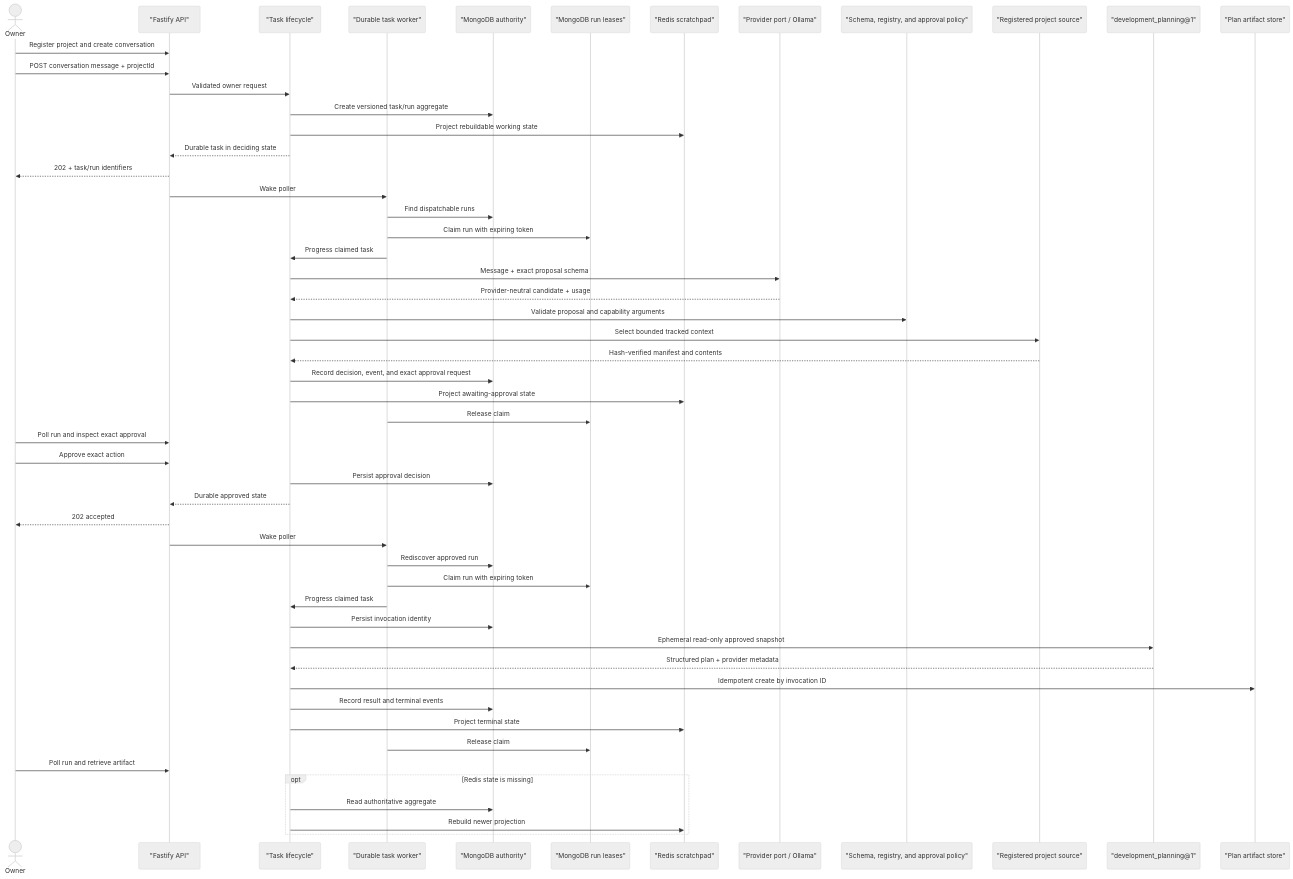
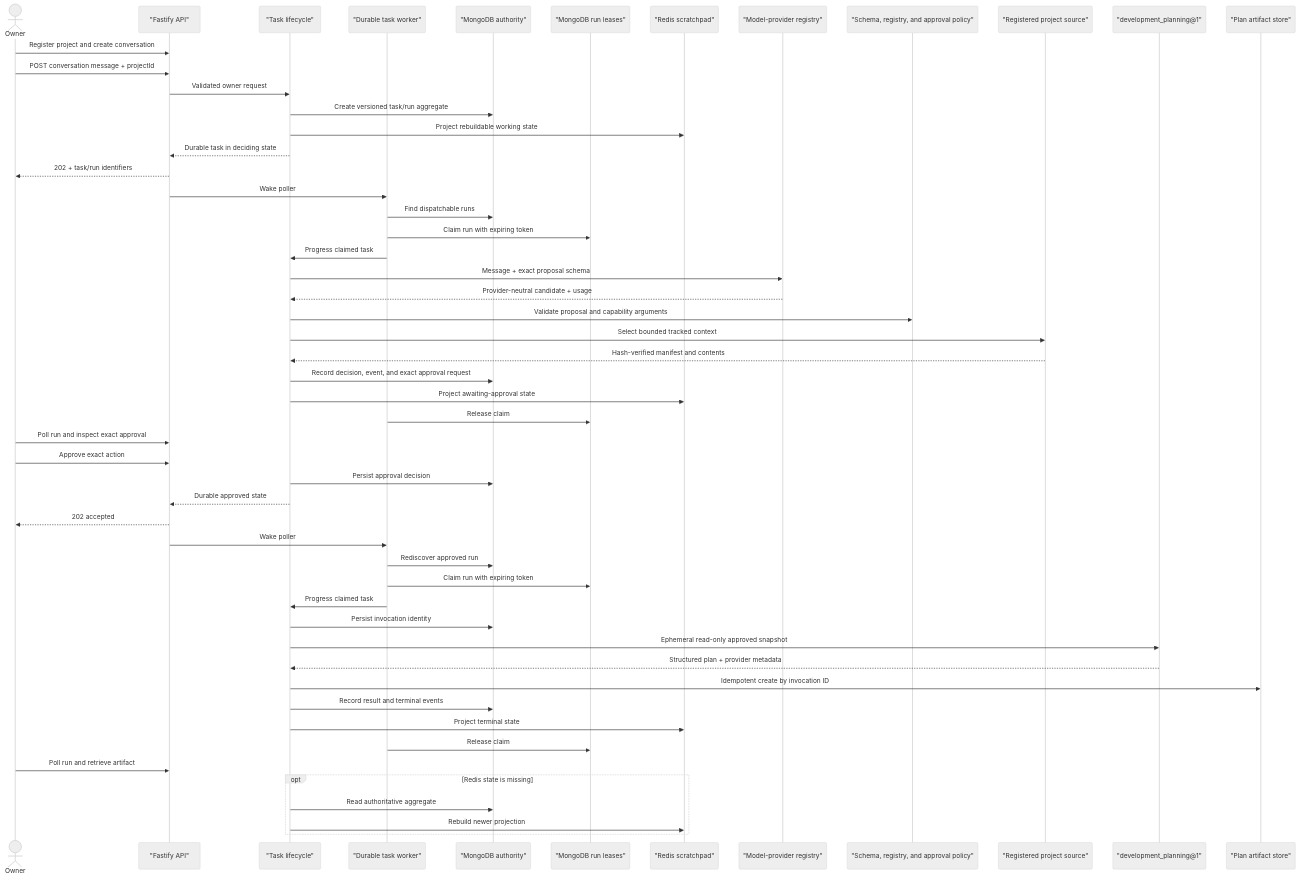
One commit to 4romgod/vera changed the fifth of 6 diagrams in docs/system-architecture.md. Above: the diagram before and after it, drawn with Mermaid (neutral theme). The commit also changed other lines of this file and 40 other files, not shown here.

````diff
--- a/docs/system-architecture.md
+++ b/docs/system-architecture.md
@@ -328,56 +331,56 @@
 ```mermaid
 sequenceDiagram
     actor Owner
     participant API as "Fastify API"
     participant Life as "Task lifecycle"
     participant Worker as "Durable task worker"
     participant Mongo as "MongoDB authority"
     participant Lease as "MongoDB run leases"
     participant Redis as "Redis scratchpad"
-    participant Model as "Provider port / Ollama"
+    participant Model as "Model-provider registry"
     participant Policy as "Schema, registry, and approval policy"
     participant Source as "Registered project source"
     participant Capability as "development_planning@1"
     participant Artifact as "Plan artifact store"
 
     Owner->>API: Register project and create conversation
     Owner->>API: POST conversation message + projectId
     API->>Life: Validated owner request
     Life->>Mongo: Create versioned task/run aggregate
     Life->>Redis: Project rebuildable working state
     Life-->>API: Durable task in deciding state
     API-->>Owner: 202 + task/run identifiers
     API->>Worker: Wake poller
     Worker->>Mongo: Find dispatchable runs
     Worker->>Lease: Claim run with expiring token
     Worker->>Life: Progress claimed task
     Life->>Model: Message + exact proposal schema
     Model-->>Life: Provider-neutral candidate + usage
     Life->>Policy: Validate proposal and capability arguments
     Life->>Source: Select bounded tracked context
     Source-->>Life: Hash-verified manifest and contents
     Life->>Mongo: Record decision, event, and exact approval request
     Life->>Redis: Project awaiting-approval state
     Worker->>Lease: Release claim
     Owner->>API: Poll run and inspect exact approval
     Owner->>API: Approve exact action
     Life->>Mongo: Persist approval decision
     Life-->>API: Durable approved state
     API-->>Owner: 202 accepted
     API->>Worker: Wake poller
     Worker->>Mongo: Rediscover approved run
     Worker->>Lease: Claim run with expiring token
     Worker->>Life: Progress claimed task
     Life->>Mongo: Persist invocation identity
     Life->>Capability: Ephemeral read-only approved snapshot
     Capability-->>Life: Structured plan + provider metadata
     Life->>Artifact: Idempotent create by invocation ID
     Life->>Mongo: Record result and terminal events
     Life->>Redis: Project terminal state
     Worker->>Lease: Release claim
     Owner->>API: Poll run and retrieve artifact
     opt Redis state is missing
         Life->>Mongo: Read authoritative aggregate
         Life->>Redis: Rebuild newer projection
     end
 ```
````
